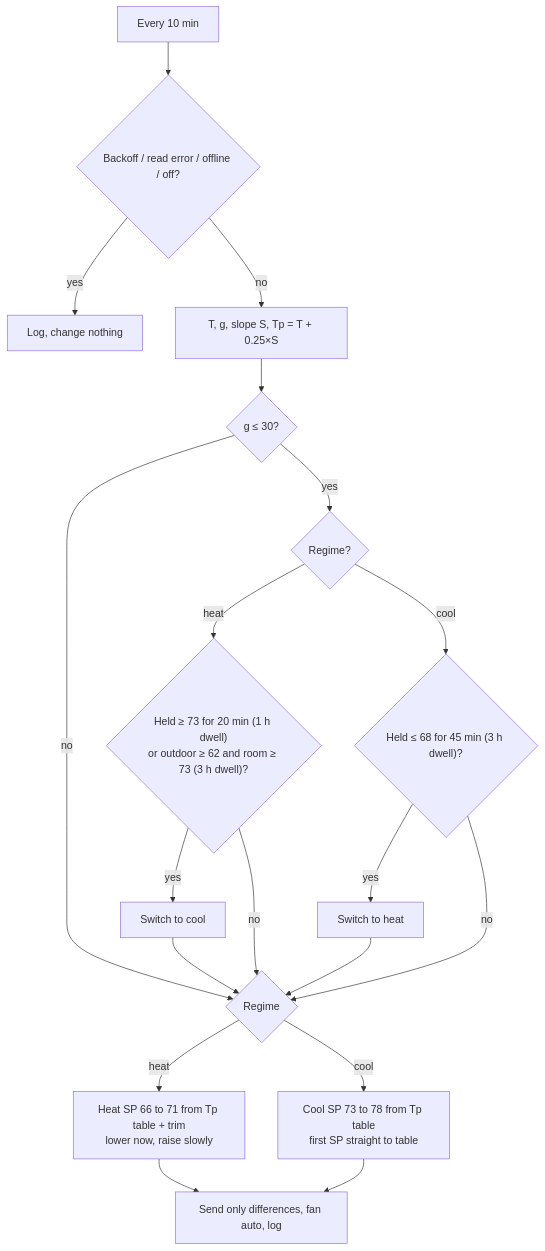
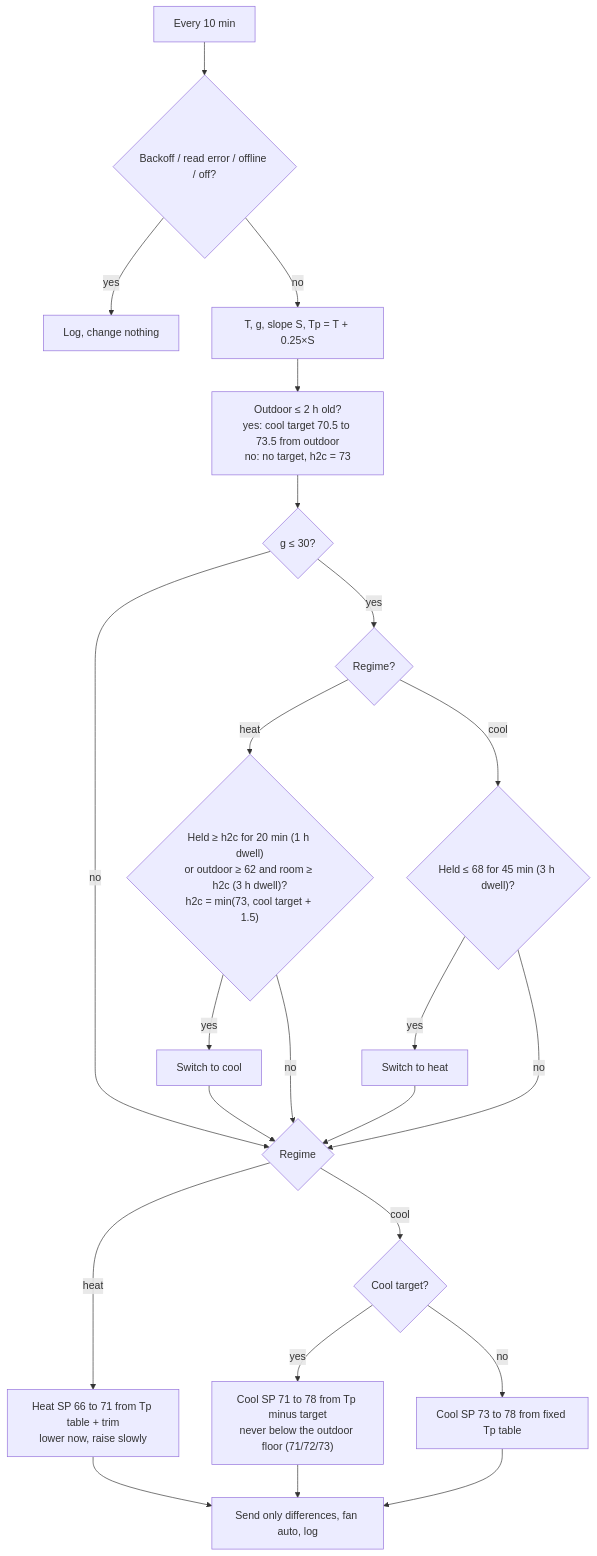
One commit to chrisperish/mitsubishi-mini-split-controller changed the diagram in README.md. Above: the diagram before and after it, drawn with Mermaid. The commit also changed other lines of this file and 5 other files, not shown here.

First line of the commit message:
Outdoor-adaptive cooling: cool target follows outdoor temp, outdoor floor, lower heat-to-cool entry

````diff
--- a/README.md
+++ b/README.md
@@ -19,21 +19,25 @@
 ```mermaid
 flowchart TD
     A["Every 10 min"] --> B{"Backoff / read error / offline / off?"}
     B -- yes --> Z["Log, change nothing"]
     B -- no --> C["T, g, slope S, Tp = T + 0.25×S"]
-    C --> D{"g ≤ 30?"}
+    C --> O["Outdoor ≤ 2 h old?<br>yes: cool target 70.5 to 73.5 from outdoor<br>no: no target, h2c = 73"]
+    O --> D{"g ≤ 30?"}
     D -- no --> H
     D -- yes --> E{"Regime?"}
-    E -- heat --> F{"Held ≥ 73 for 20 min (1 h dwell)<br>or outdoor ≥ 62 and room ≥ 73 (3 h dwell)?"}
+    E -- heat --> F{"Held ≥ h2c for 20 min (1 h dwell)<br>or outdoor ≥ 62 and room ≥ h2c (3 h dwell)?<br>h2c = min(73, cool target + 1.5)"}
     E -- cool --> G{"Held ≤ 68 for 45 min (3 h dwell)?"}
     F -- yes --> FC["Switch to cool"]
     G -- yes --> GH["Switch to heat"]
     F -- no --> H
     G -- no --> H
     FC --> H
     GH --> H
     H{"Regime"} -- heat --> HH["Heat SP 66 to 71 from Tp table + trim<br>lower now, raise slowly"]
-    H -- cool --> CC["Cool SP 73 to 78 from Tp table<br>first SP straight to table"]
+    H -- cool --> CC{"Cool target?"}
+    CC -- yes --> CA["Cool SP 71 to 78 from Tp minus target<br>never below the outdoor floor (71/72/73)"]
+    CC -- no --> CF["Cool SP 73 to 78 from fixed Tp table"]
     HH --> S["Send only differences, fan auto, log"]
-    CC --> S
+    CA --> S
+    CF --> S
 ```
````
